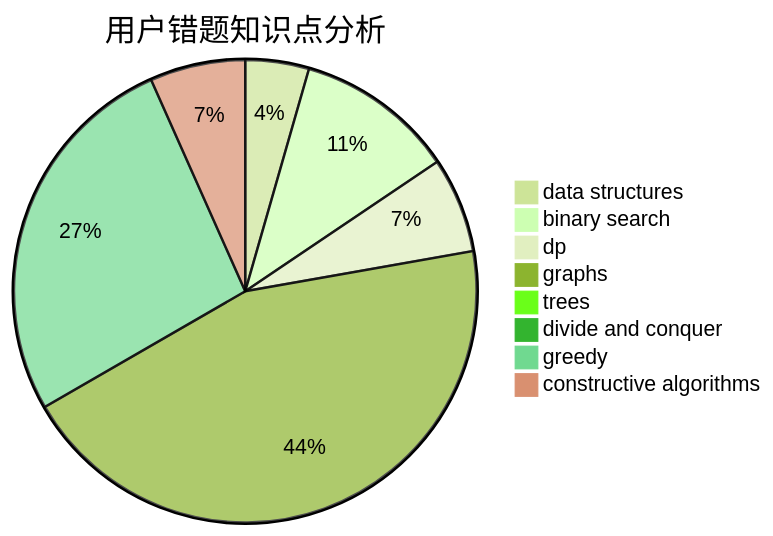
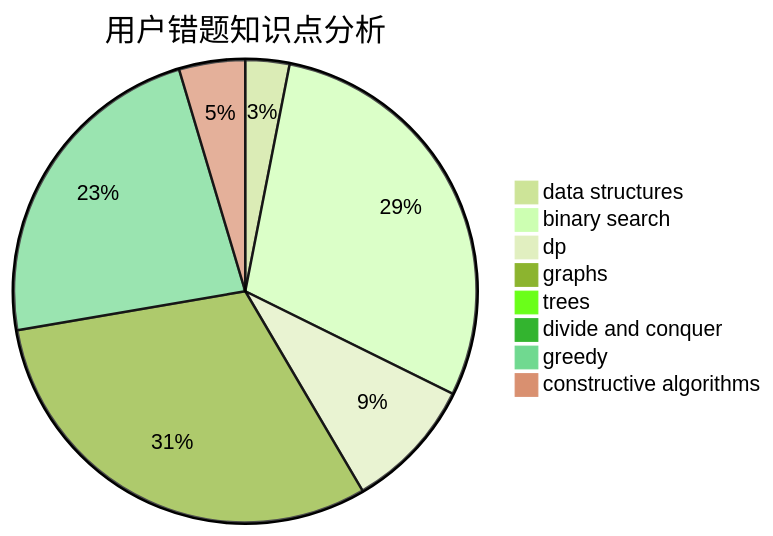
One commit to sherpahu/cfrs.github.io changed the third of 3 diagrams in docs/user/u879.md. Above: the diagram before and after it, drawn with Mermaid (forest theme). The commit also changed other lines of this file and 2770 other files, not shown here.

````diff
--- a/docs/user/u879.md
+++ b/docs/user/u879.md
@@ -36,11 +36,11 @@
 ```mermaid
 pie title 用户错题知识点分析
     "data structures" :  2
-    "binary search" :  5
-    "dp" :  3
+    "binary search" :  19
+    "dp" :  6
     "graphs" :  20
     "trees" :  0
     "divide and conquer" :  0
-    "greedy" :  12
+    "greedy" :  15
     "constructive algorithms" :  3
 ```
````
